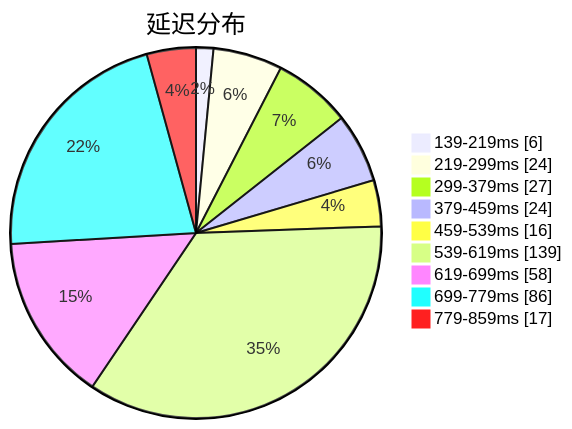
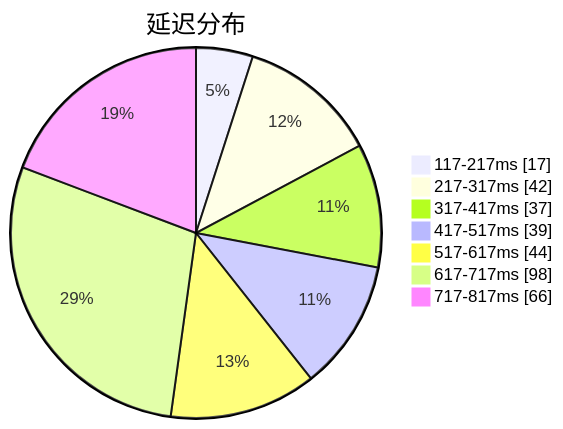
One commit to qjlxg/airport changed the first of 3 diagrams in subs/statistics/tested_within.md. Above: the diagram before and after it, drawn with Mermaid. The commit also changed other lines of this file and 2 other files, not shown here.

Commit message:
Tested by metaST

````diff
--- a/subs/statistics/tested_within.md
+++ b/subs/statistics/tested_within.md
@@ -2,13 +2,11 @@
 ```mermaid
 pie showData
 title 延迟分布
-"139-219ms" : 6
-"219-299ms" : 24
-"299-379ms" : 27
-"379-459ms" : 24
-"459-539ms" : 16
-"539-619ms" : 139
-"619-699ms" : 58
-"699-779ms" : 86
-"779-859ms" : 17
+"117-217ms" : 17
+"217-317ms" : 42
+"317-417ms" : 37
+"417-517ms" : 39
+"517-617ms" : 44
+"617-717ms" : 98
+"717-817ms" : 66
 ```
````
